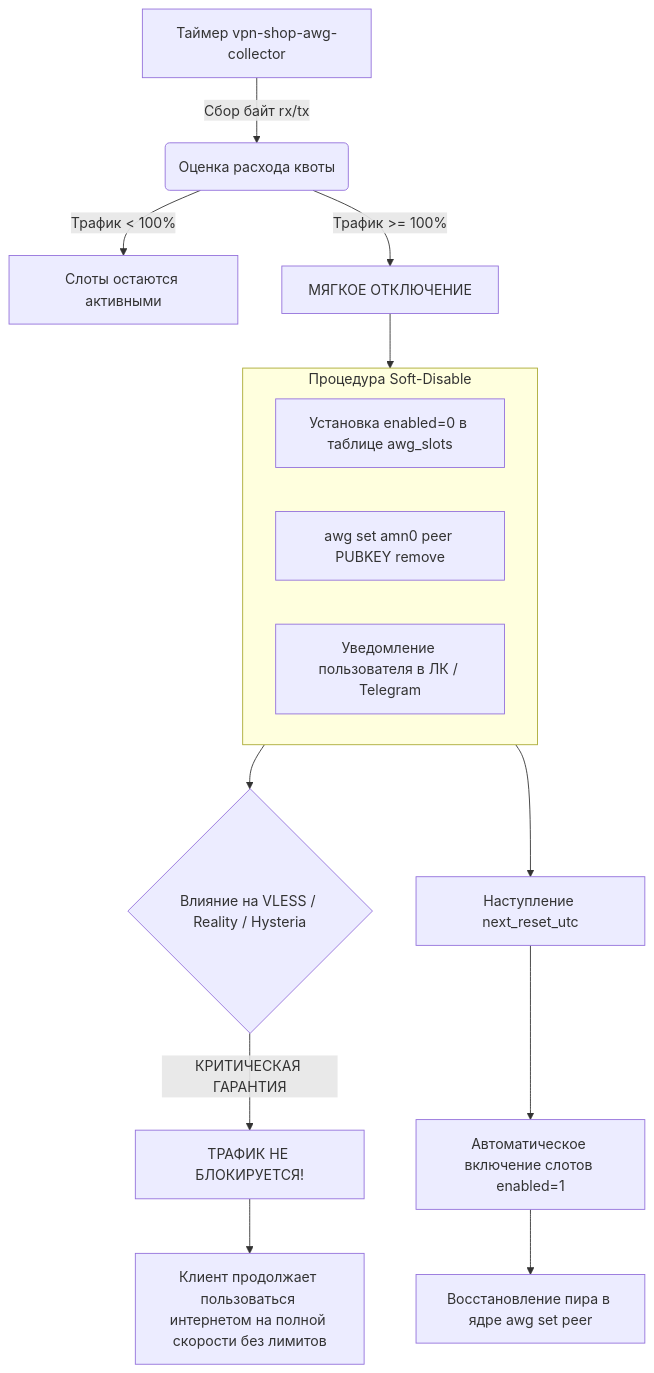
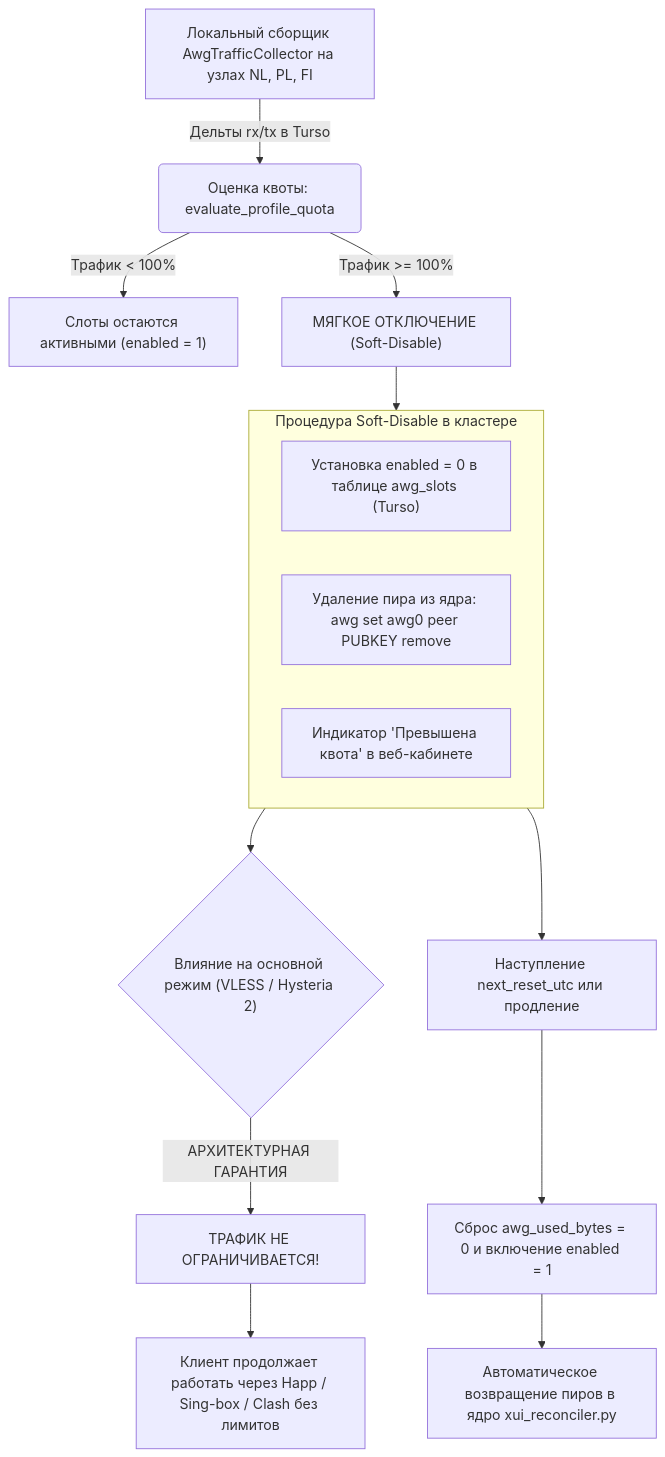
One commit to Nikitzima/SilentConnect changed the diagram in AMNEZIA_SLOTS.md. Above: the diagram before and after it, drawn with Mermaid. The commit also changed other lines of this file and 5 other files, not shown here.

````diff
--- a/AMNEZIA_SLOTS.md
+++ b/AMNEZIA_SLOTS.md
@@ -98,21 +82,21 @@
 ```mermaid
 flowchart TD
-    A["Таймер vpn-shop-awg-collector"] -->|Сбор байт rx/tx| B("Оценка расхода квоты")
-    B -->|"Трафик < 100%"| C["Слоты остаются активными"]
-    B -->|"Трафик >= 100%"| D["МЯГКОЕ ОТКЛЮЧЕНИЕ"]
+    A["Локальный сборщик AwgTrafficCollector на узлах NL, PL, FI"] -->|"Дельты rx/tx в Turso"| B("Оценка квоты: evaluate_profile_quota")
+    B -->|"Трафик < 100%"| C["Слоты остаются активными (enabled = 1)"]
+    B -->|"Трафик >= 100%"| D["МЯГКОЕ ОТКЛЮЧЕНИЕ (Soft-Disable)"]
     
-    subgraph SD ["Процедура Soft-Disable"]
-        D1["Установка enabled=0 в таблице awg_slots"]
-        D2["awg set amn0 peer PUBKEY remove"]
-        D3["Уведомление пользователя в ЛК / Telegram"]
+    subgraph SD ["Процедура Soft-Disable в кластере"]
+        D1["Установка enabled = 0 в таблице awg_slots (Turso)"]
+        D2["Удаление пира из ядра: awg set awg0 peer PUBKEY remove"]
+        D3["Индикатор 'Превышена квота' в веб-кабинете"]
     end
     
     D --> SD
-    SD --> E{"Влияние на VLESS / Reality / Hysteria"}
-    E -->|КРИТИЧЕСКАЯ ГАРАНТИЯ| F["ТРАФИК НЕ БЛОКИРУЕТСЯ!"]
-    F --> G["Клиент продолжает пользоваться интернетом на полной скорости без лимитов"]
+    SD --> E{"Влияние на основной режим (VLESS / Hysteria 2)"}
+    E -->|"АРХИТЕКТУРНАЯ ГАРАНТИЯ"| F["ТРАФИК НЕ ОГРАНИЧИВАЕТСЯ!"]
+    F --> G["Клиент продолжает работать через Happ / Sing-box / Clash без лимитов"]
     
-    SD --> H["Наступление next_reset_utc"]
-    H --> I["Автоматическое включение слотов enabled=1"]
-    I --> J["Восстановление пира в ядре awg set peer"]
+    SD --> H["Наступление next_reset_utc или продление"]
+    H --> I["Сброс awg_used_bytes = 0 и включение enabled = 1"]
+    I --> J["Автоматическое возвращение пиров в ядро xui_reconciler.py"]
 ```
````
